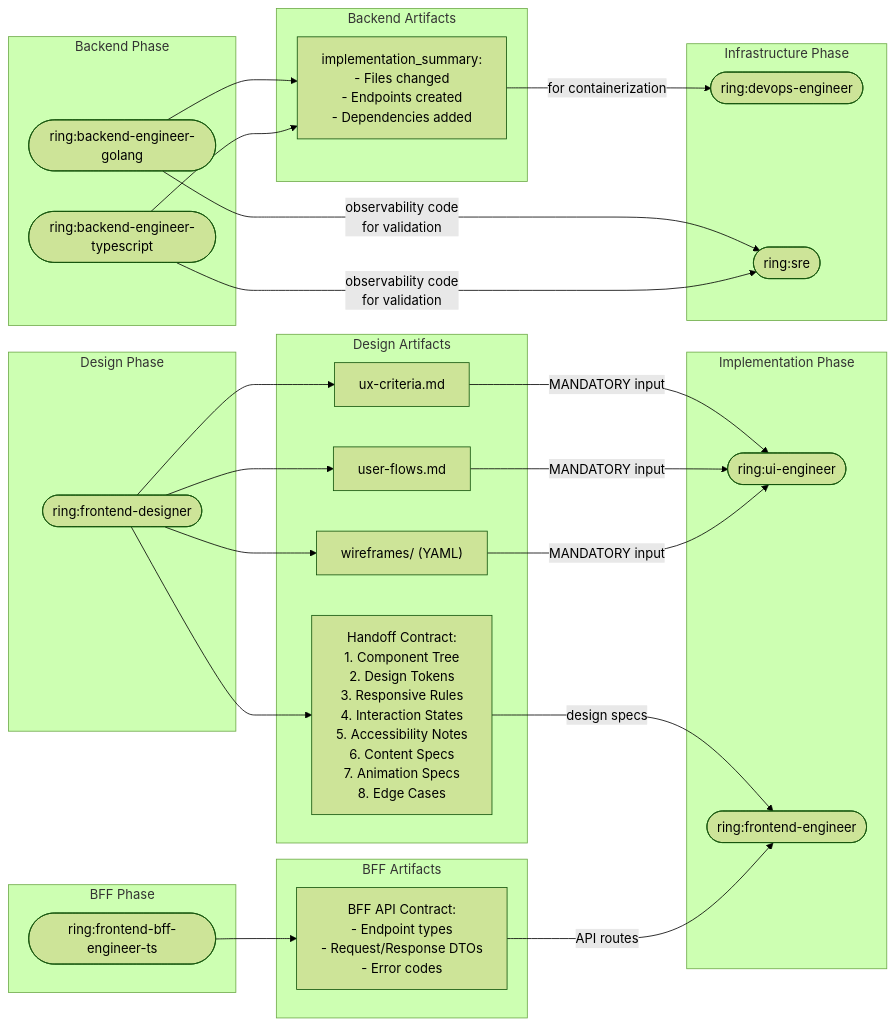
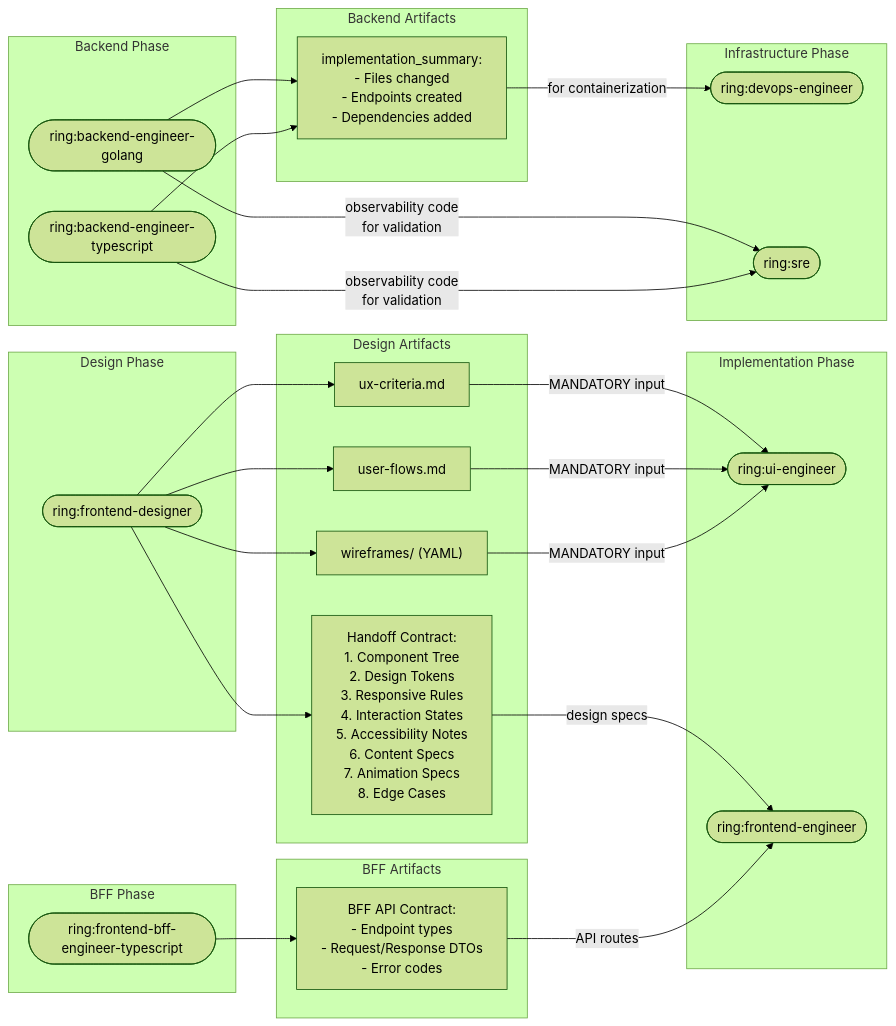
One commit to LerianStudio/ring changed diagram 21 of 21 in dev-team/docs/dependency-diagrams.md. Above: the diagram before and after it, drawn with Mermaid (forest theme). The commit also changed other lines of this file, not shown here.

First line of the commit message:
docs(dev-team): use canonical agent names in dependency diagrams

````diff
--- a/dev-team/docs/dependency-diagrams.md
+++ b/dev-team/docs/dependency-diagrams.md
@@ -963,51 +963,51 @@
 ```mermaid
 flowchart LR
     subgraph DesignPhase["Design Phase"]
         designer(["ring:frontend-designer"])
     end
 
     subgraph DesignArtifacts["Design Artifacts"]
         ux["ux-criteria.md"]
         flows["user-flows.md"]
         wire["wireframes/ (YAML)"]
         handoff["Handoff Contract:<br/>1. Component Tree<br/>2. Design Tokens<br/>3. Responsive Rules<br/>4. Interaction States<br/>5. Accessibility Notes<br/>6. Content Specs<br/>7. Animation Specs<br/>8. Edge Cases"]
     end
 
     subgraph ImplementPhase["Implementation Phase"]
         uiEng(["ring:ui-engineer"])
         feEng(["ring:frontend-engineer"])
     end
 
     designer --> ux & flows & wire & handoff
     ux & flows & wire -->|"MANDATORY input"| uiEng
     handoff -->|"design specs"| feEng
 
     subgraph BFFPhase["BFF Phase"]
-        bff(["ring:frontend-bff-engineer-ts"])
+        bff(["ring:frontend-bff-engineer-typescript"])
     end
 
     subgraph BFFArtifacts["BFF Artifacts"]
         contract["BFF API Contract:<br/>- Endpoint types<br/>- Request/Response DTOs<br/>- Error codes"]
     end
 
     bff --> contract
     contract -->|"API routes"| feEng
 
     subgraph BackendPhase["Backend Phase"]
         goEng(["ring:backend-engineer-golang"])
         tsEng(["ring:backend-engineer-typescript"])
     end
 
     subgraph BackendArtifacts["Backend Artifacts"]
         implSummary["implementation_summary:<br/>- Files changed<br/>- Endpoints created<br/>- Dependencies added"]
     end
 
     subgraph InfraPhase["Infrastructure Phase"]
         devops(["ring:devops-engineer"])
         sre(["ring:sre"])
     end
 
     goEng & tsEng --> implSummary
     implSummary -->|"for containerization"| devops
     goEng & tsEng -->|"observability code<br/>for validation"| sre
 ```
````
